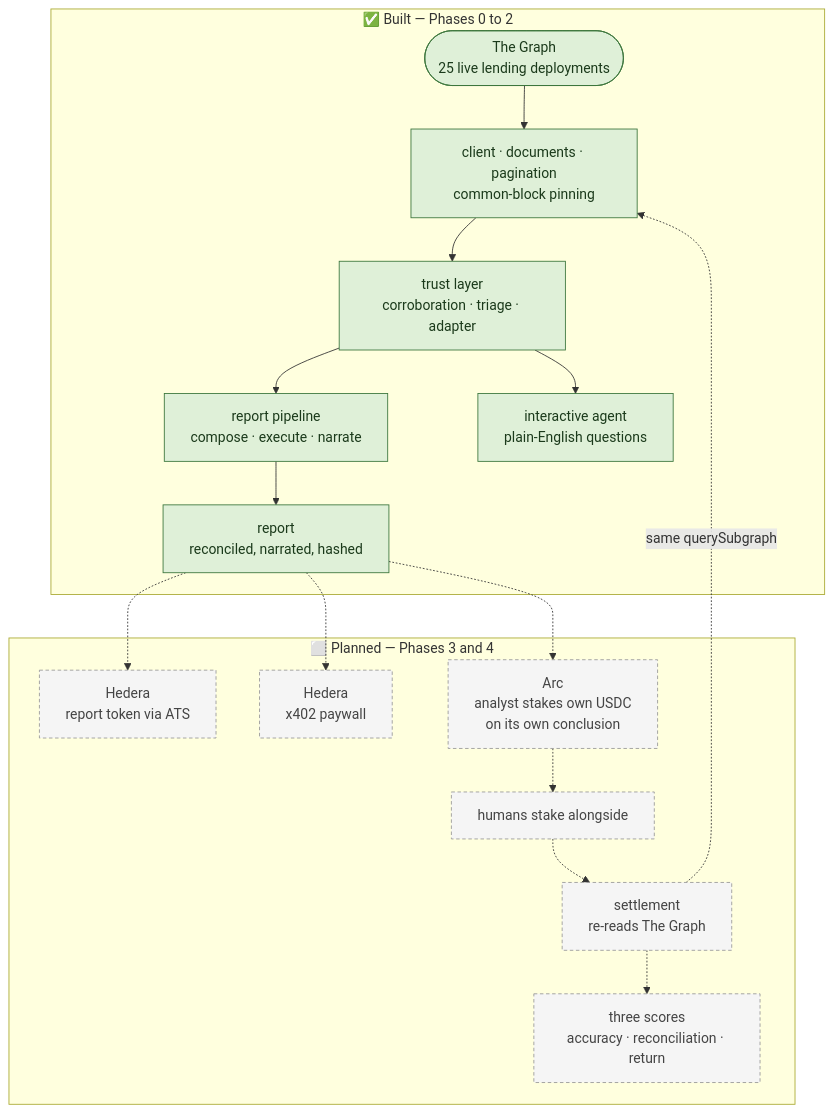
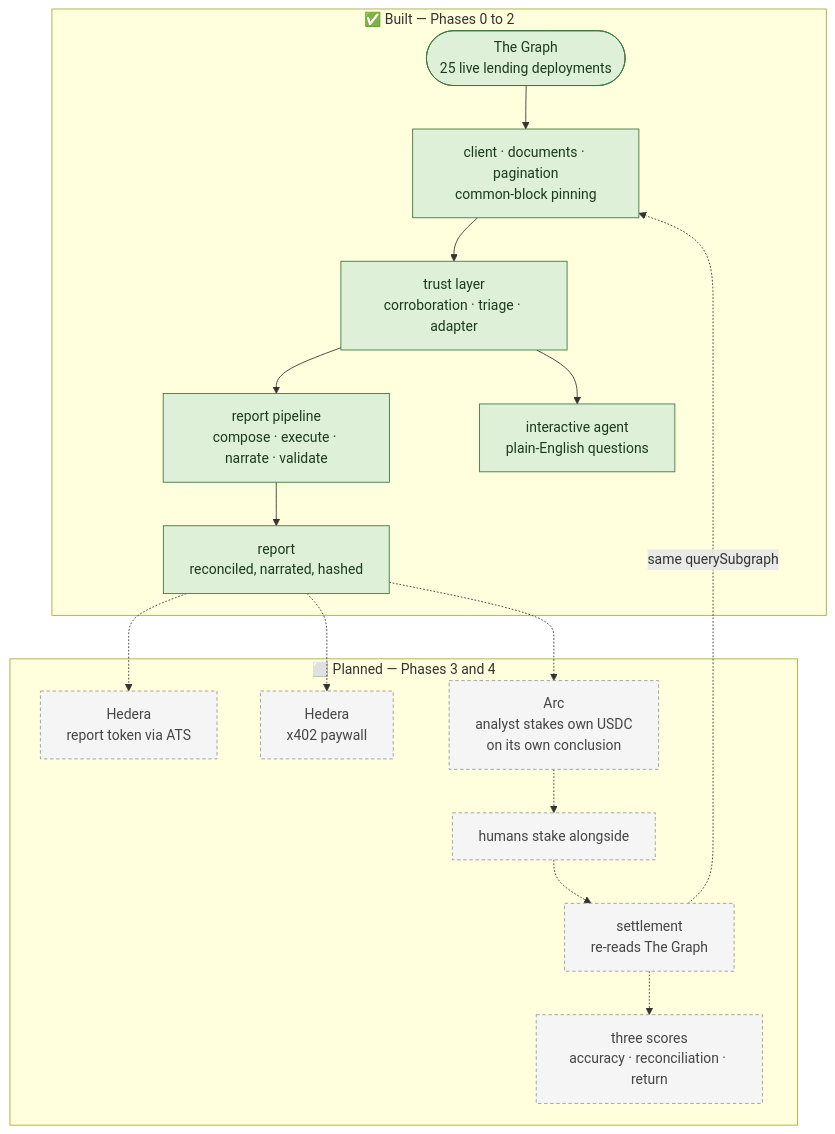
One commit to DhruPtel/ETHonline-2026-Alpha-Markets changed the first of 2 diagrams in README.md. Above: the diagram before and after it, drawn with Mermaid. The commit also changed other lines of this file and 7 other files, not shown here.

````diff
--- a/README.md
+++ b/README.md
@@ -34,26 +34,26 @@
 ```mermaid
 flowchart TD
   subgraph BUILT["✅ Built — Phases 0 to 2"]
     G(["The Graph<br/>25 live lending deployments"]) --> CL["client · documents · pagination<br/>common-block pinning"]
     CL --> TR["trust layer<br/>corroboration · triage · adapter"]
-    TR --> PL["report pipeline<br/>compose · execute · narrate"]
+    TR --> PL["report pipeline<br/>compose · execute · narrate · validate"]
     PL --> RPT["report<br/>reconciled, narrated, hashed"]
     TR --> AG["interactive agent<br/>plain-English questions"]
   end
 
   subgraph PLANNED["⬜ Planned — Phases 3 and 4"]
     RPT -.-> ATS["Hedera<br/>report token via ATS"]
     RPT -.-> PAY["Hedera<br/>x402 paywall"]
     RPT -.-> MKT["Arc<br/>analyst stakes own USDC<br/>on its own conclusion"]
     MKT -.-> HUM["humans stake alongside"]
     HUM -.-> SET["settlement<br/>re-reads The Graph"]
     SET -.-> SCR["three scores<br/>accuracy · reconciliation · return"]
   end
 
   SET -.->|"same querySubgraph"| CL
 
   classDef built fill:#dff0d8,stroke:#3c763d,color:#1b3a1b
   classDef planned fill:#f5f5f5,stroke:#999,color:#444,stroke-dasharray:4 3
   class G,CL,TR,PL,RPT,AG built
   class ATS,PAY,MKT,HUM,SET,SCR planned
 ```
````
